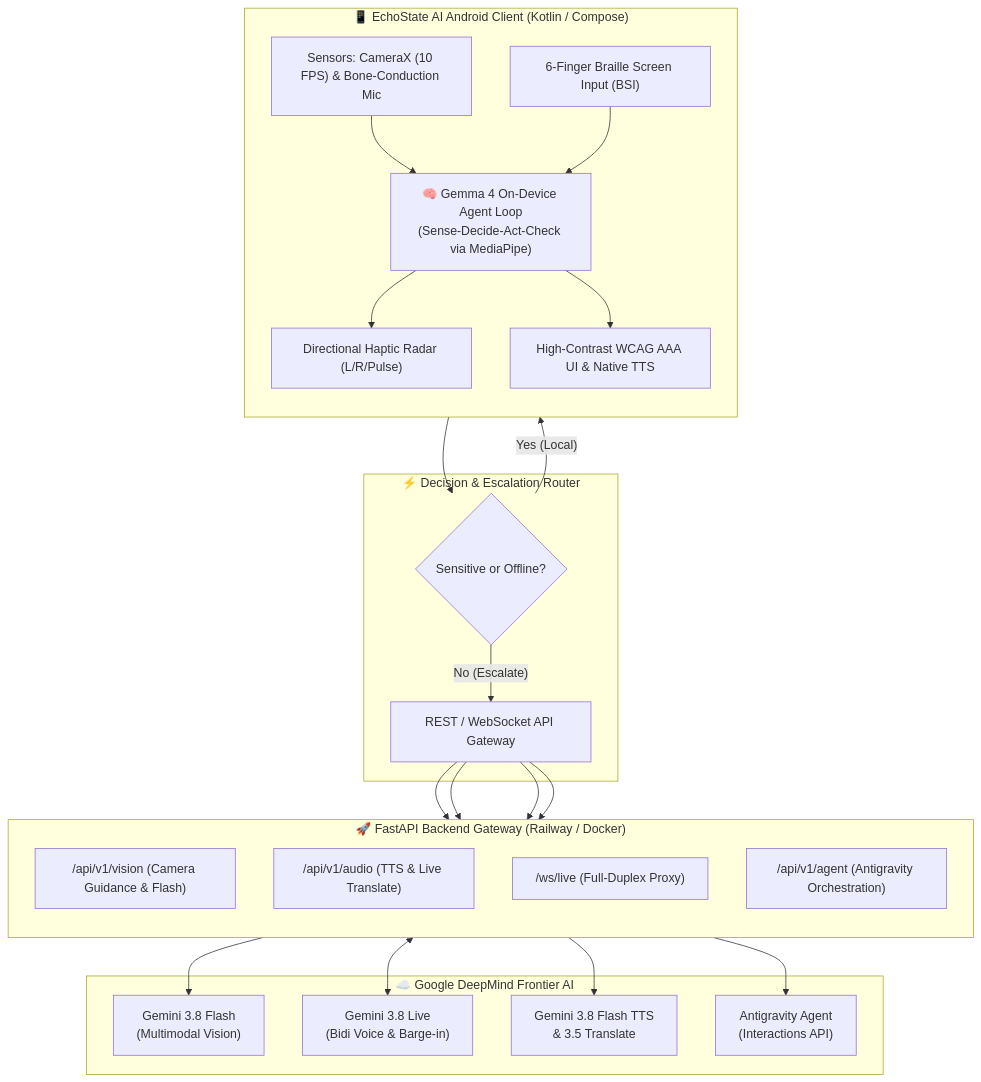
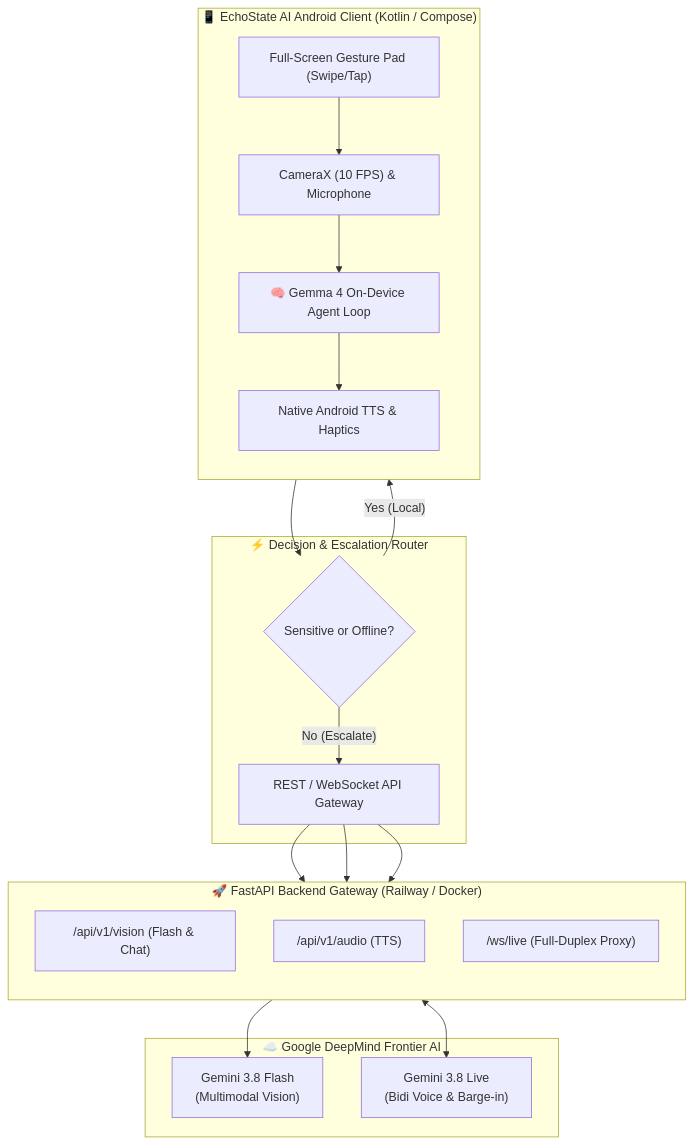
One commit to Cherie05/vespers-echostate-ai changed the diagram in README.md. Above: the diagram before and after it, drawn with Mermaid. The commit also changed other lines of this file, not shown here.

Commit message:
Update README with new Eyes-Free Gesture UI details and Hackathon polish

````diff
--- a/README.md
+++ b/README.md
@@ -54,50 +80,41 @@
 ```mermaid
 flowchart TB
     subgraph Mobile ["📱 EchoState AI Android Client (Kotlin / Compose)"]
         direction TB
-        Sensors["Sensors: CameraX (10 FPS) & Bone-Conduction Mic"]
-        Braille["6-Finger Braille Screen Input (BSI)"]
-        Haptics["Directional Haptic Radar (L/R/Pulse)"]
-        UI["High-Contrast WCAG AAA UI & Native TTS"]
+        UI["Full-Screen Gesture Pad (Swipe/Tap)"]
+        Sensors["CameraX (10 FPS) & Microphone"]
+        TTS["Native Android TTS & Haptics"]
+        LocalGemma["🧠 Gemma 4 On-Device Agent Loop"]
         
-        LocalGemma["🧠 Gemma 4 On-Device Agent Loop<br/>(Sense-Decide-Act-Check via MediaPipe)"]
-        
+        UI --> Sensors
         Sensors --> LocalGemma
-        Braille --> LocalGemma
-        LocalGemma --> Haptics
-        LocalGemma --> UI
+        LocalGemma --> TTS
     end
 
     subgraph DecisionRouter ["⚡ Decision & Escalation Router"]
         PrivateTask{"Sensitive or Offline?"}
         LocalGemma --> PrivateTask
-        PrivateTask -- "Yes (Local)" --> Haptics
+        PrivateTask -- "Yes (Local)" --> TTS
         PrivateTask -- "No (Escalate)" --> CloudGateway
     end
 
     subgraph BackendGateway ["🚀 FastAPI Backend Gateway (Railway / Docker)"]
         direction TB
         CloudGateway["REST / WebSocket API Gateway"]
-        VisionRouter["/api/v1/vision (Camera Guidance & Flash)"]
-        AudioRouter["/api/v1/audio (TTS & Live Translate)"]
+        VisionRouter["/api/v1/vision (Flash & Chat)"]
+        AudioRouter["/api/v1/audio (TTS)"]
         LiveRouter["/ws/live (Full-Duplex Proxy)"]
-        AgentRouter["/api/v1/agent (Antigravity Orchestration)"]
         
         CloudGateway --> VisionRouter
         CloudGateway --> AudioRouter
         CloudGateway --> LiveRouter
-        CloudGateway --> AgentRouter
     end
 
     subgraph CloudIntelligence ["☁️ Google DeepMind Frontier AI"]
         GeminiFlash["Gemini 3.8 Flash<br/>(Multimodal Vision)"]
         GeminiLive["Gemini 3.8 Live<br/>(Bidi Voice & Barge-in)"]
-        GeminiTTS["Gemini 3.8 Flash TTS<br/>& 3.5 Translate"]
-        AntigravityService["Antigravity Agent<br/>(Interactions API)"]
         
         VisionRouter --> GeminiFlash
         LiveRouter <--> GeminiLive
-        AudioRouter --> GeminiTTS
-        AgentRouter --> AntigravityService
     end
 ```
````
